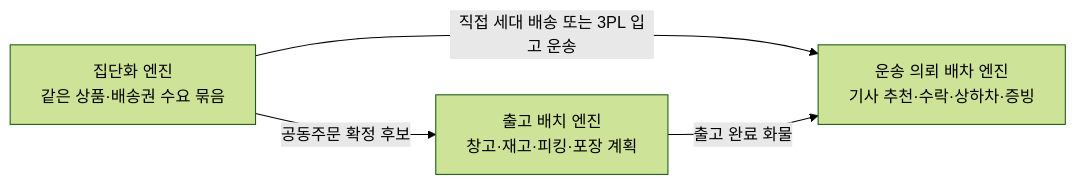
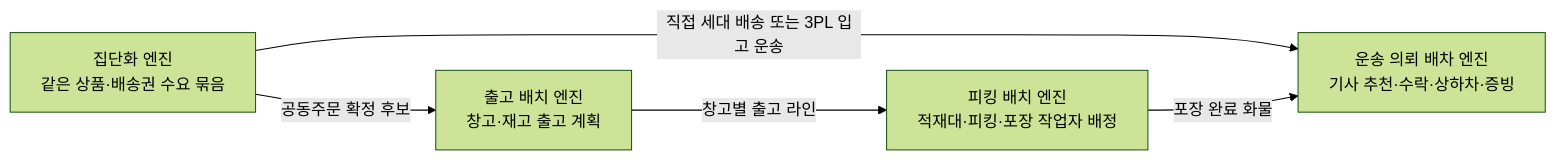
The fourth of 6 diagrams in README.md (cheolwo/hongdal), drawn with Mermaid (forest theme) before and after one commit. The commit also changed other lines of this file and 25 other files, not shown here.

````diff
--- a/README.md
+++ b/README.md
@@ -149,10 +149,12 @@
 ```mermaid
 flowchart LR
     Grouping["집단화 엔진<br/>같은 상품·배송권 수요 묶음"]
-    Outbound["출고 배치 엔진<br/>창고·재고·피킹·포장 계획"]
+    Outbound["출고 배치 엔진<br/>창고·재고 출고 계획"]
+    Picking["피킹 배치 엔진<br/>적재대·피킹·포장 작업자 배정"]
     Dispatch["운송 의뢰 배차 엔진<br/>기사 추천·수락·상하차·증빙"]
 
     Grouping -->|공동주문 확정 후보| Outbound
     Grouping -->|직접 세대 배송 또는 3PL 입고 운송| Dispatch
-    Outbound -->|출고 완료 화물| Dispatch
+    Outbound -->|창고별 출고 라인| Picking
+    Picking -->|포장 완료 화물| Dispatch
 ```
````
